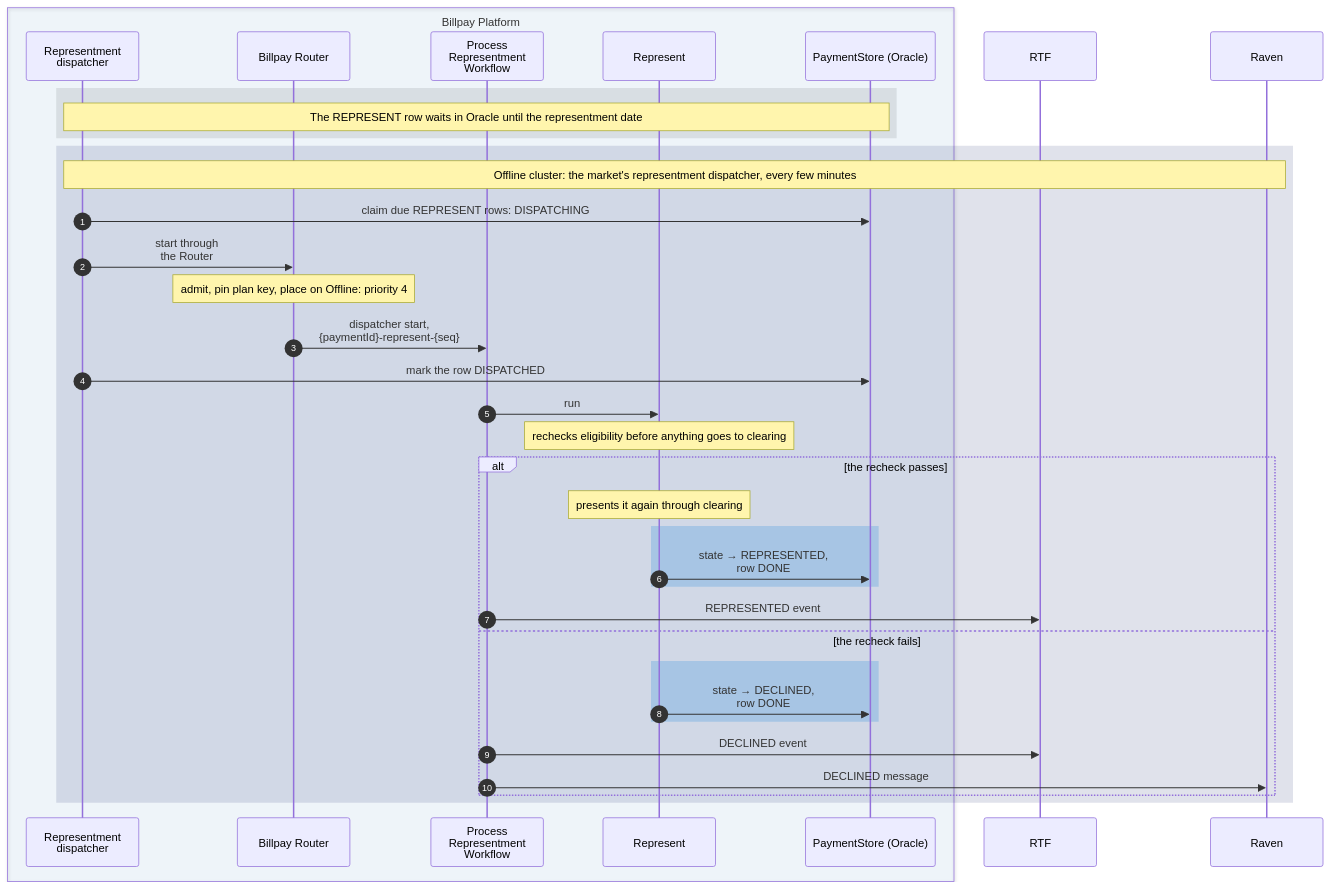
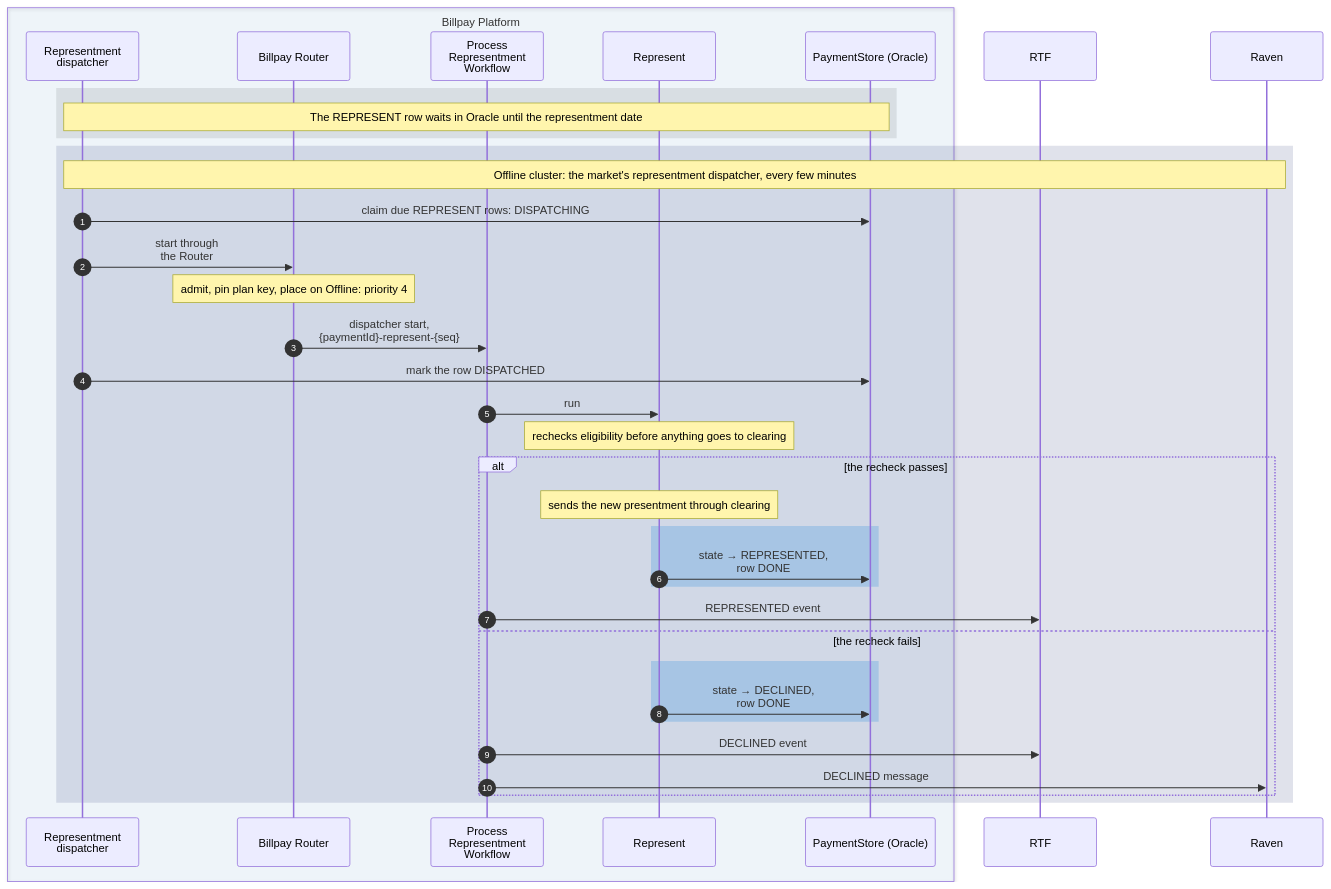
The eighth of 14 diagrams in website/docs/design/sequence-diagrams.md (arunav-bhattacharya/billpay-book), drawn with Mermaid before and after one commit. The commit also changed other lines of this file and 14 other files, not shown here.

````diff
--- a/website/docs/design/sequence-diagrams.md
+++ b/website/docs/design/sequence-diagrams.md
@@ -546,48 +546,48 @@
 ```mermaid
 ---
 config:
   fontFamily: "BentonSansUI, Helvetica, Arial, sans-serif"
   fontSize: 15
 ---
 sequenceDiagram
   autonumber
 
   box rgba(0,111,207,0.05) Billpay Platform
     participant RPD as Representment<br/>dispatcher
     participant R as Billpay Router
     participant WF as Process<br/>Representment<br/>Workflow
     participant REP as Represent
     participant PS as PaymentStore (Oracle)
   end
 
   participant RTF
   participant RAV as Raven
 
   rect rgba(83,86,90,0.14)
     Note over RPD,PS: The REPRESENT row waits in Oracle until the representment date
   end
 
   rect rgba(0,23,90,0.12)
     Note over RPD,RAV: Offline cluster: the market's representment dispatcher, every few minutes
     RPD->>PS: claim due REPRESENT rows: DISPATCHING
     RPD->>R: start through<br/>the Router
     Note over R: admit, pin plan key, place on Offline: priority 4
     R->>WF: dispatcher start,<br/>{paymentId}-represent-{seq}
     RPD->>PS: mark the row DISPATCHED
     WF->>REP: run
     Note over REP: rechecks eligibility before anything goes to clearing
     alt the recheck passes
-      Note over REP: presents it again through clearing
+      Note over REP: sends the new presentment through clearing
       rect rgba(102,169,226,0.40)
         REP->>PS: state → REPRESENTED,<br/>row DONE
       end
       WF->>RTF: REPRESENTED event
     else the recheck fails
       rect rgba(102,169,226,0.40)
         REP->>PS: state → DECLINED,<br/>row DONE
       end
       WF->>RTF: DECLINED event
       WF->>RAV: DECLINED message
     end
   end
 ```
````
